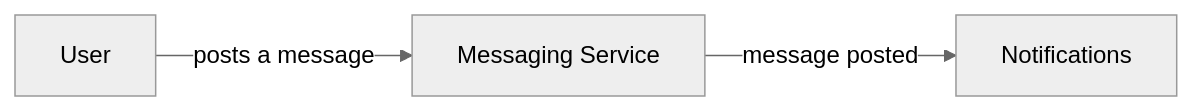
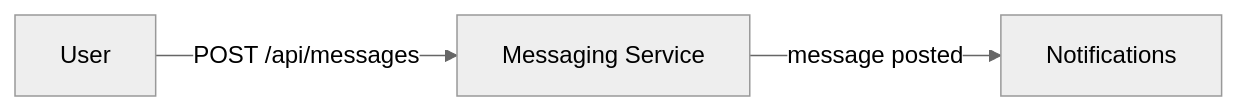
The diagram in docs/analysis-and-design.md (seaAndHof/bizcord), drawn with Mermaid (neutral theme) before and after one commit. The commit also changed other lines of this file, not shown here.

Commit message:
Describe the REST API and shared model in analysis and design

````diff
--- a/docs/analysis-and-design.md
+++ b/docs/analysis-and-design.md
@@ -27,5 +27,5 @@
 ```mermaid
 flowchart LR
-    U[User] -- posts a message --> M[Messaging Service]
+    U[User] -- POST /api/messages --> M[Messaging Service]
     M -- message posted --> N[Notifications]
 ```
````
